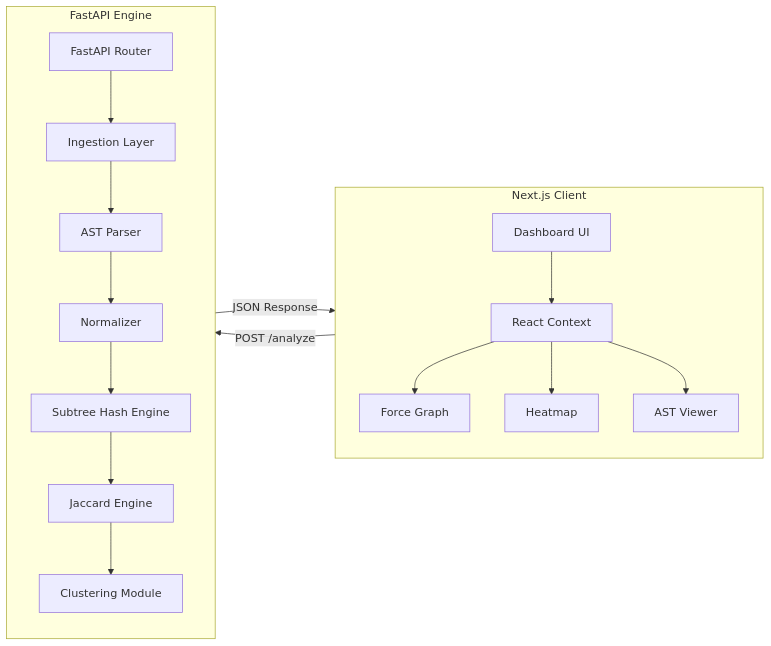
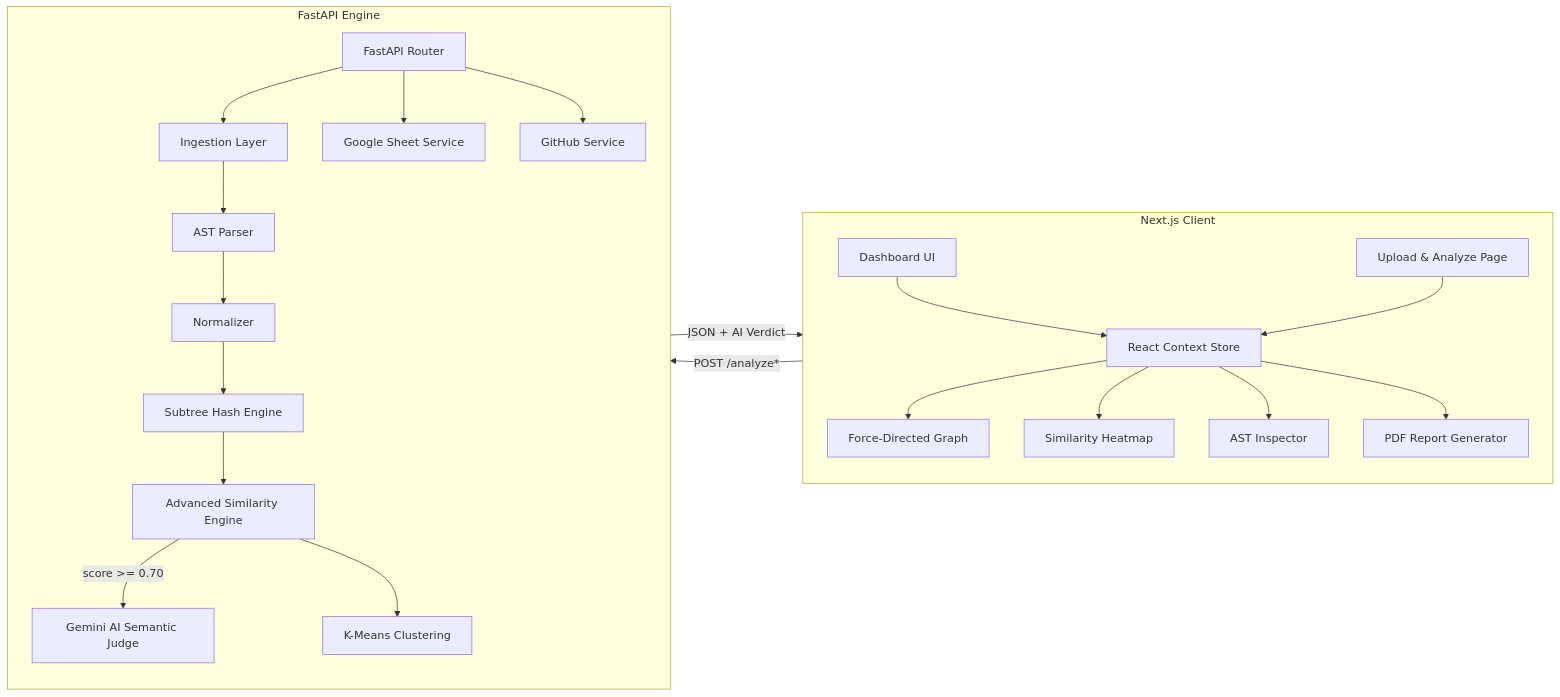
One commit to AbhimanRajCoder/CLONIQ changed the first of 5 diagrams in README.md. Above: the diagram before and after it, drawn with Mermaid. The commit also changed other lines of this file, not shown here.

````diff
--- a/README.md
+++ b/README.md
@@ -43,35 +42,45 @@
 ```mermaid
 flowchart LR
     subgraph Frontend["Next.js Client"]
         UI["Dashboard UI"]
-        State["React Context"]
-        Graph["Force Graph"]
-        Heatmap["Heatmap"]
-        ASTViewer["AST Viewer"]
+        Upload["Upload & Analyze Page"]
+        State["React Context Store"]
+        Graph["Force-Directed Graph"]
+        Heatmap["Similarity Heatmap"]
+        ASTViewer["AST Inspector"]
+        PDF["PDF Report Generator"]
     end
 
     subgraph Backend["FastAPI Engine"]
         API["FastAPI Router"]
         Ingest["Ingestion Layer"]
+        GSheet["Google Sheet Service"]
+        GitHub["GitHub Service"]
         Parser["AST Parser"]
         Normalize["Normalizer"]
         Hash["Subtree Hash Engine"]
-        Similarity["Jaccard Engine"]
-        Cluster["Clustering Module"]
+        AdvSim["Advanced Similarity Engine"]
+        LLM["Gemini AI Semantic Judge"]
+        Cluster["K-Means Clustering"]
     end
 
     UI --> State
+    Upload --> State
     State --> Graph
     State --> Heatmap
     State --> ASTViewer
+    State --> PDF
 
     API --> Ingest
+    API --> GSheet
+    API --> GitHub
     Ingest --> Parser
     Parser --> Normalize
     Normalize --> Hash
-    Hash --> Similarity
-    Similarity --> Cluster
+    Hash --> AdvSim
+    AdvSim -->|"score >= 0.70"| LLM
+    AdvSim --> Cluster
 
-    Frontend -->|POST /analyze| Backend
-    Backend -->|JSON Response| Frontend
+    Frontend -->|"POST /analyze*"| Backend
+    Backend -->|"JSON + AI Verdict"| Frontend
 ```
````
